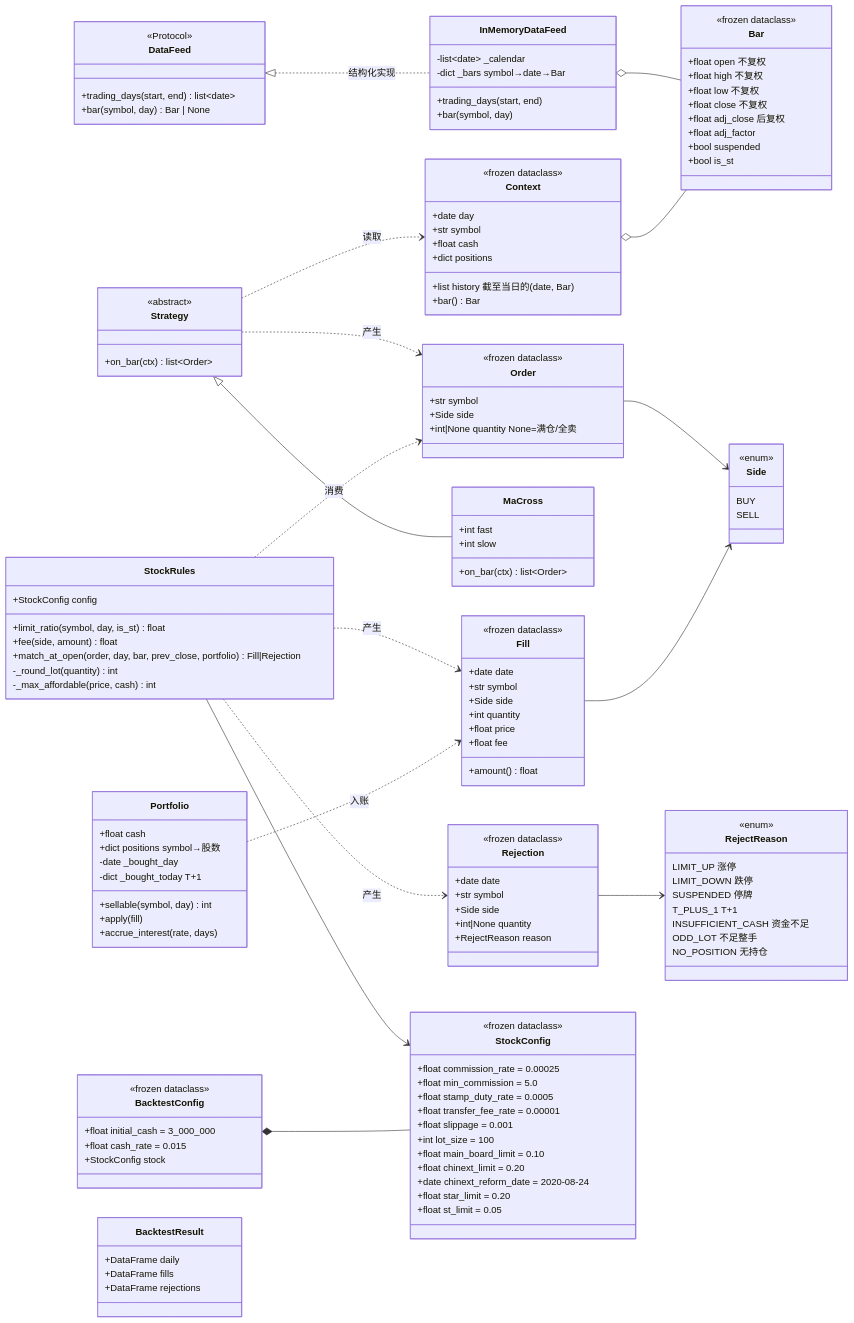
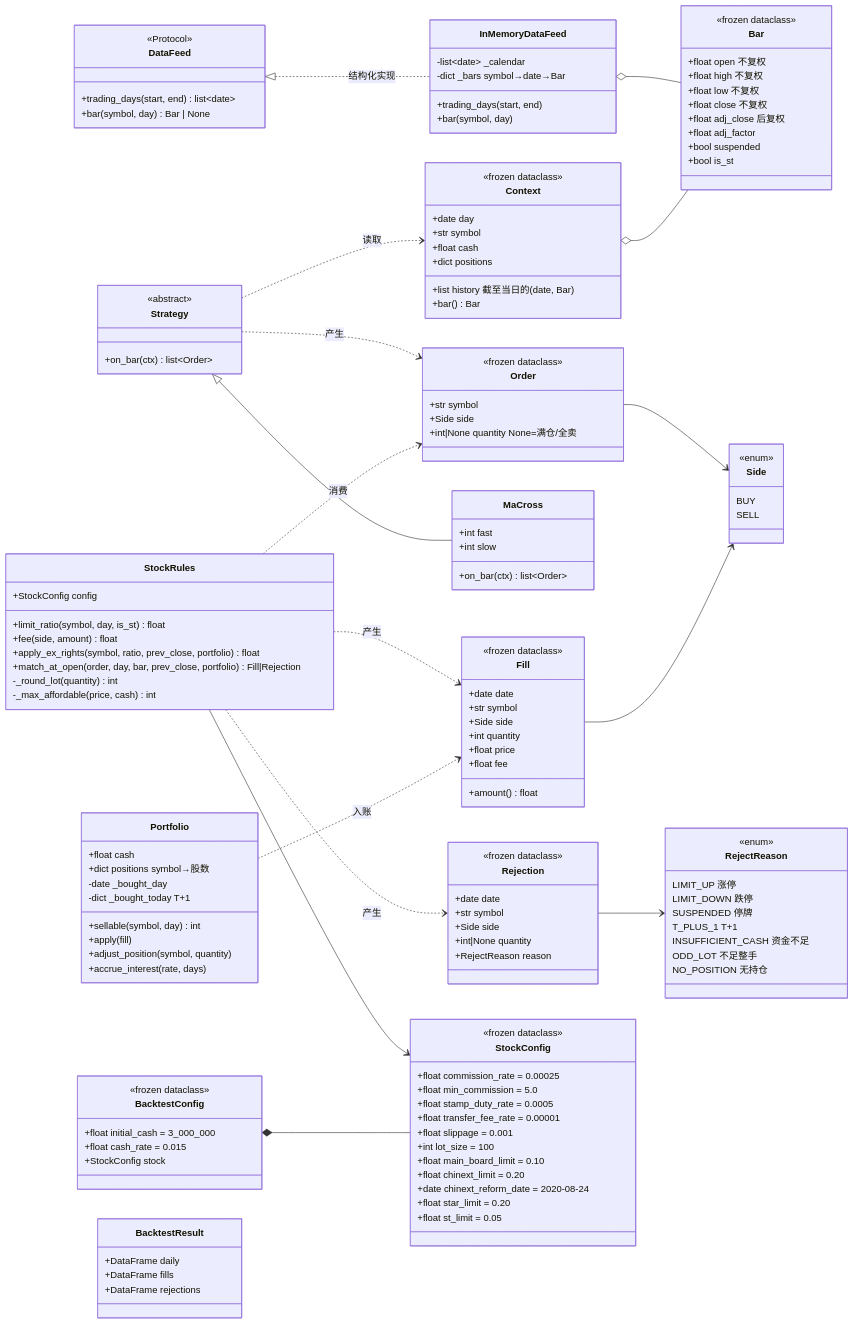
Before and after one commit to guevara12345/quant: the third of 23 diagrams in docs/code-walkthrough.md, drawn with Mermaid. The commit also changed other lines of this file and 11 other files, not shown here.

```diff
--- a/docs/code-walkthrough.md
+++ b/docs/code-walkthrough.md
@@ -249,6 +249,7 @@
         -dict _bought_today  T+1
         +sellable(symbol, day) int
         +apply(fill)
+        +adjust_position(symbol, quantity)
         +accrue_interest(rate, days)
     }
 
@@ -271,6 +272,7 @@
         +StockConfig config
         +limit_ratio(symbol, day, is_st) float
         +fee(side, amount) float
+        +apply_ex_rights(symbol, ratio, prev_close, portfolio) float
         +match_at_open(order, day, bar, prev_close, portfolio) Fill|Rejection
         -_round_lot(quantity) int
         -_max_affordable(price, cash) int
```
